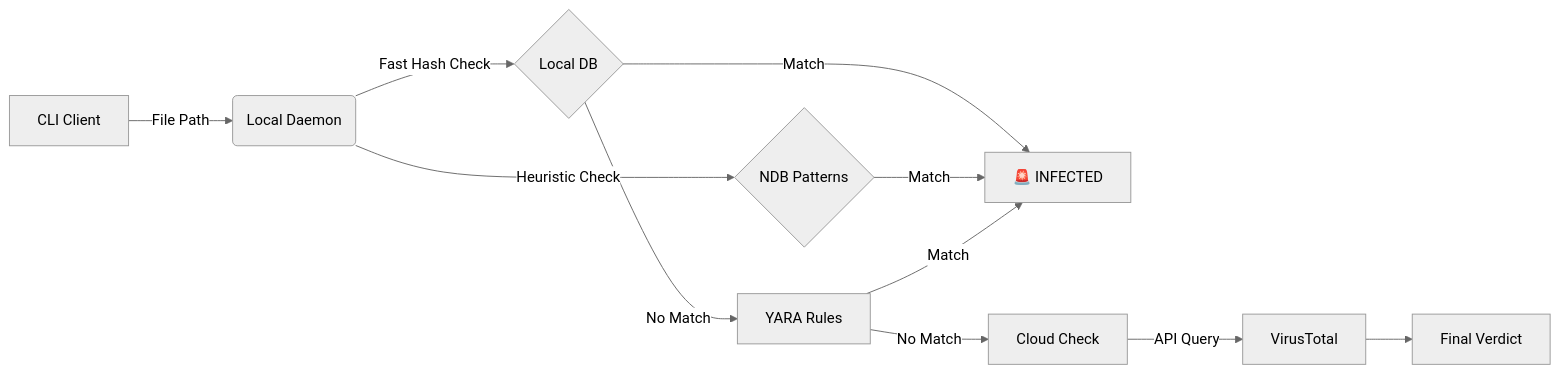
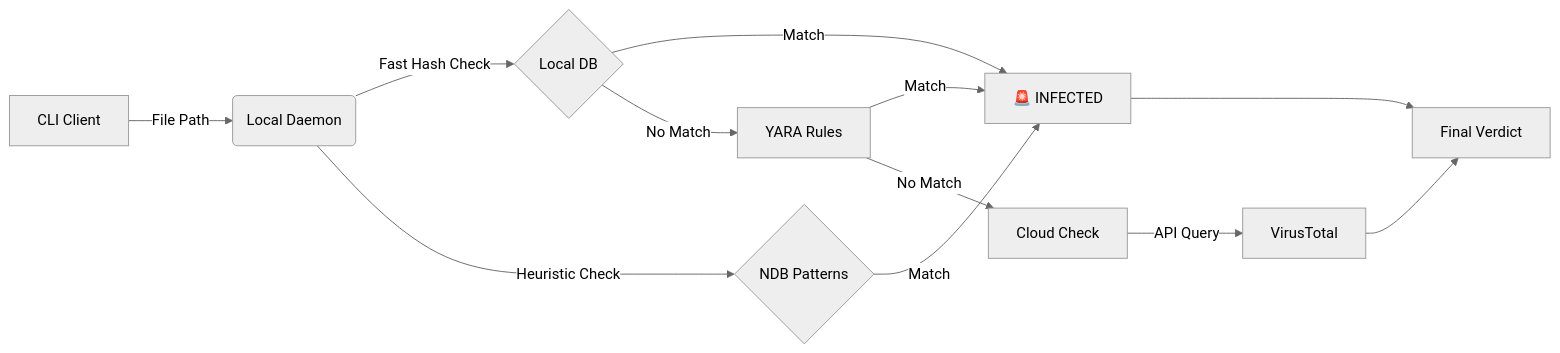
Before and after one commit to VelkaRepo/HashShield: the diagram in README.md, drawn with Mermaid (neutral theme).

Commit message:
docs: Documentation update

````diff
--- a/README.md
+++ b/README.md
@@ -40,13 +40,14 @@
 ```mermaid
 graph LR
     A[CLI Client] -->|File Path| B(Local Daemon);
     B -->|Fast Hash Check| C{Local DB};
     B -->|Heuristic Check| D{NDB Patterns};
     C -- Match --> E[🚨 INFECTED];
     D -- Match --> E;
     C -- No Match --> F[YARA Rules];
     F -- Match --> E;
     F -- No Match --> G[Cloud Check];
     G -->|API Query| H[VirusTotal];
     H --> I[Final Verdict];
+    E --> I;
 ```
````
